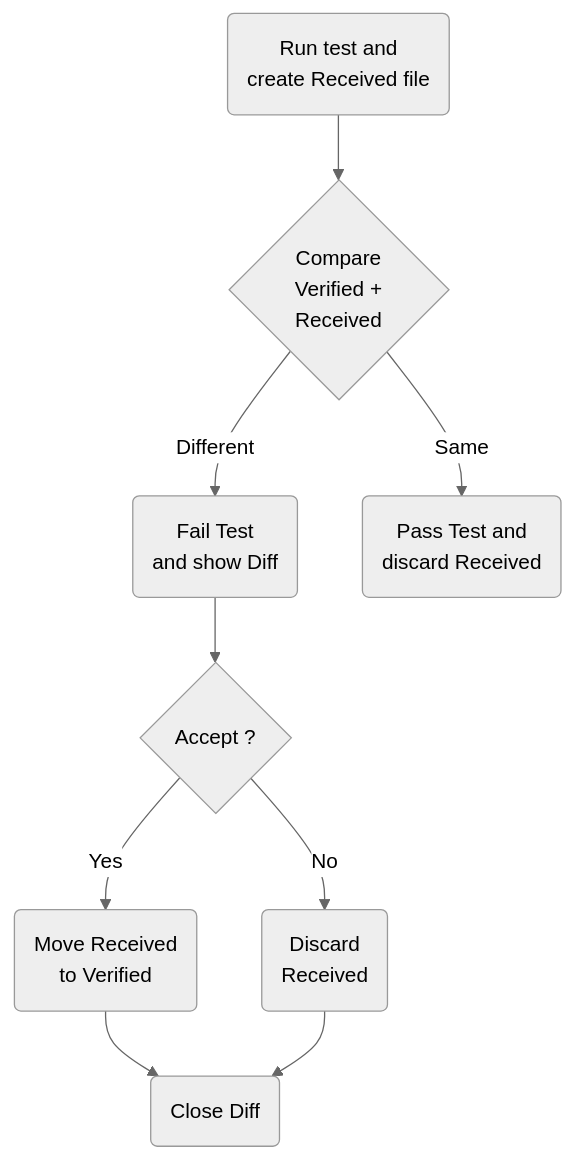
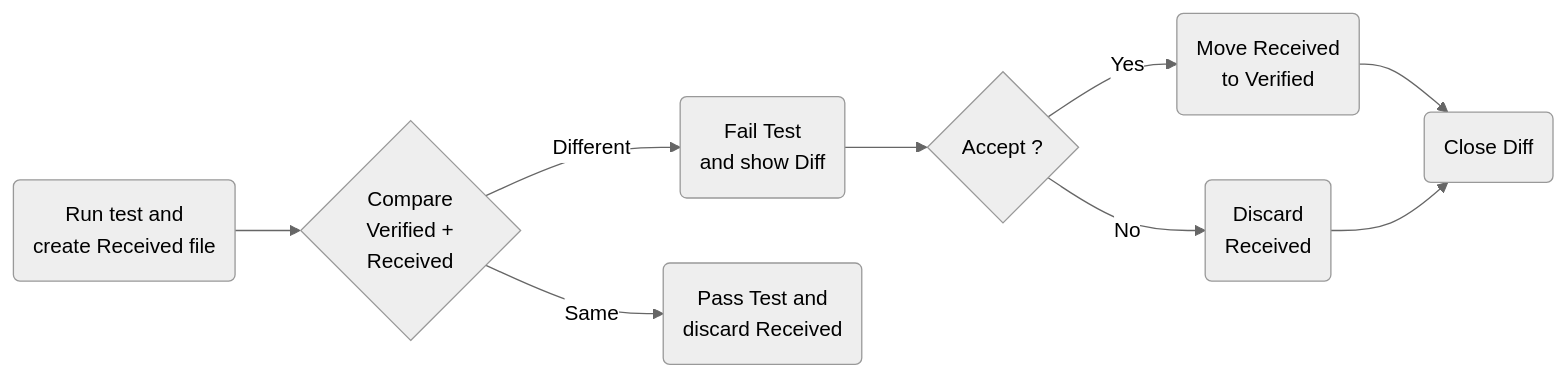
The second of 2 diagrams in presentation/slides.md (draptik/2024-04-mathemacampus-approval-testing), drawn with Mermaid (neutral theme) before and after one commit. The commit also changed other lines of this file, not shown here.

````diff
--- a/presentation/slides.md
+++ b/presentation/slides.md
@@ -150,20 +150,20 @@
 ```mermaid
-graph TD
+graph LR
 run(Run test and<br/>create Received file)
 closeDiff(Close Diff)
 failTest(Fail Test<br/>and show Diff)
 run-->isSame
 shouldAccept{Accept ?}
 failTest-->shouldAccept
 accept(Move Received<br/>to Verified)
 shouldAccept-- Yes -->accept
 discard(Discard<br/>Received)
 shouldAccept-- No -->discard
 
 isSame{Compare<br/>Verified +<br/>Received}
 passTest(Pass Test and<br/>discard Received)
 isSame-- Same --> passTest
 isSame-- Different --> failTest
 accept-->closeDiff
 discard-->closeDiff
 ```
````
